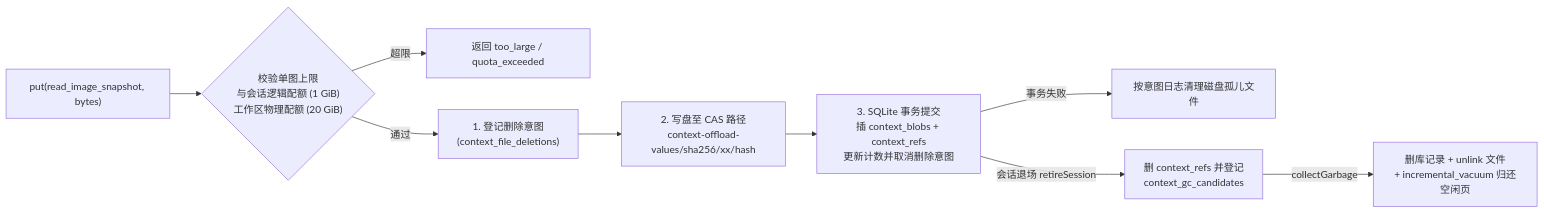
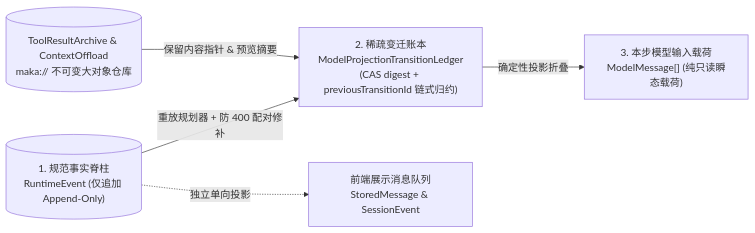
One commit to suger-m/agent-infrastructure-docs changed the diagram in maka-agent-infra/02-context/history-and-projection.md. Above: the diagram before and after it, drawn with Mermaid. The commit also changed other lines of this file and 33 other files, not shown here.

Commit message:
docs(ts): overhaul all 32 TS architecture chapters in razor-sharp microkernel style & polish Rust foundations

````diff
--- a/maka-agent-infra/02-context/history-and-projection.md
+++ b/maka-agent-infra/02-context/history-and-projection.md
@@ -270,11 +20,7 @@
 ```mermaid
 flowchart LR
-    Put["put(read_image_snapshot, bytes)"] --> CheckQuota{"校验单图上限<br/>与会话逻辑配额 (1 GiB)<br/>工作区物理配额 (20 GiB)"}
-    CheckQuota -->|"超限"| Reject["返回 too_large / quota_exceeded"]
-    CheckQuota -->|"通过"| Intent["1. 登记删除意图<br/>(context_file_deletions)"]
-    Intent --> Stage["2. 写盘至 CAS 路径<br/>context-offload-values/sha256/xx/hash"]
-    Stage --> Tx["3. SQLite 事务提交<br/>插 context_blobs + context_refs<br/>更新计数并取消删除意图"]
-    Tx -->|"事务失败"| Drain["按意图日志清理磁盘孤儿文件"]
-    Tx -->|"会话退场 retireSession"| GCQueue["删 context_refs 并登记<br/>context_gc_candidates"]
-    GCQueue -->|"collectGarbage"| Vacuum["删库记录 + unlink 文件<br/>+ incremental_vacuum 归还空闲页"]
+    Facts[("1. 规范事实脊柱<br/>RuntimeEvent (仅追加 Append-Only)")] -->|"重放规划器 + 防 400 配对修补"| Ledger["2. 稀疏变迁账本<br/>ModelProjectionTransitionLedger<br/>(CAS digest + previousTransitionId 链式归约)"]
+    Archive[("ToolResultArchive & ContextOffload<br/>maka:// 不可变大对象仓库")] -->|"保留内容指针 & 预览摘要"| Ledger
+    Ledger -->|"确定性投影折叠"| Prompt["3. 本步模型输入载荷<br/>ModelMessage[] (纯只读瞬态载荷)"]
+    Facts -.->|"独立单向投影"| UI["前端展示消息队列<br/>StoredMessage & SessionEvent"]
 ```
````
